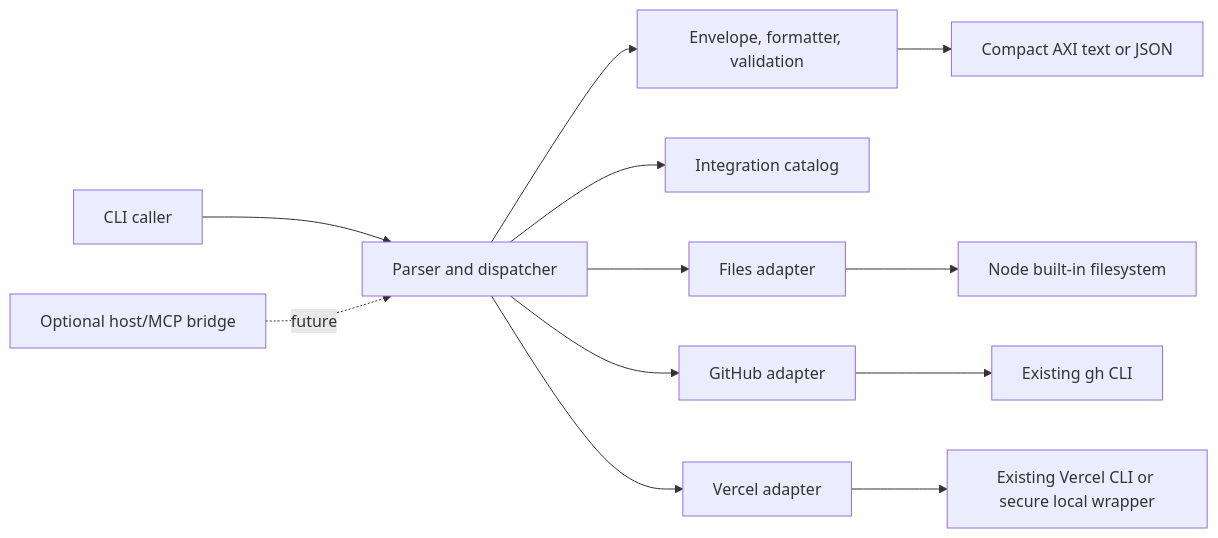
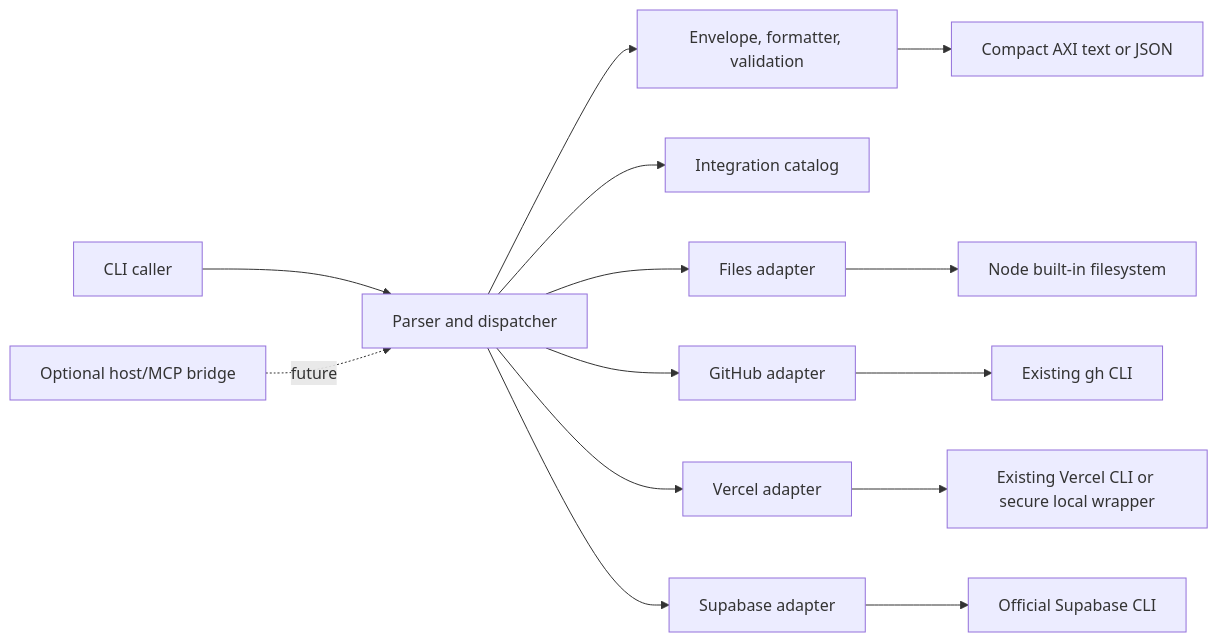
The diagram in docs/ARCHITECTURE.md (Suazo-AI/suazo-axi), drawn with Mermaid before and after one commit. The commit also changed 14 other files, not shown here.

Commit message:
feat: connect Supabase read-only adapter

````diff
--- a/docs/ARCHITECTURE.md
+++ b/docs/ARCHITECTURE.md
@@ -5,14 +5,16 @@
 ```mermaid
 flowchart LR
   User[CLI caller] --> CLI[Parser and dispatcher]
   CLI --> Core[Envelope, formatter, validation]
   CLI --> Registry[Integration catalog]
   CLI --> Files[Files adapter]
   CLI --> GitHub[GitHub adapter]
   CLI --> Vercel[Vercel adapter]
+  CLI --> Supabase[Supabase adapter]
   Files --> FS[Node built-in filesystem]
   GitHub --> GH[Existing gh CLI]
   Vercel --> VC[Existing Vercel CLI or secure local wrapper]
+  Supabase --> SB[Official Supabase CLI]
   Core --> Out[Compact AXI text or JSON]
   Bridges[Optional host/MCP bridge] -. future .-> CLI
 ```
````
